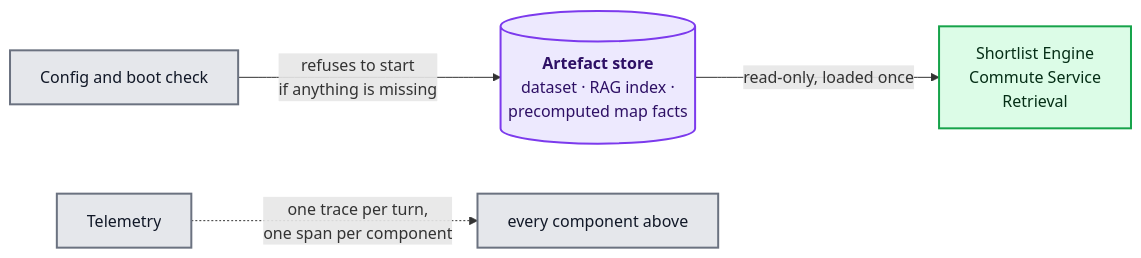
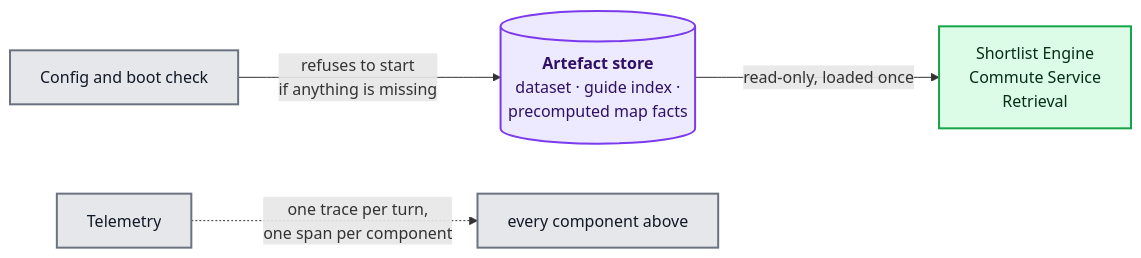
Diagram 11 of 22 in Docs/Architecture.md (KarthikBattaram19/Capstone_Project_Next_Leap), drawn with Mermaid before and after one commit. The commit also changed other lines of this file and 10 other files, not shown here.

First line of the commit message:
docs: let RAG name the technique only; its artefacts become guide index / guide chunk

````diff
--- a/Docs/Architecture.md
+++ b/Docs/Architecture.md
@@ -494,13 +494,13 @@
 ```mermaid
 flowchart LR
-    CFG["Config and boot check"] -->|"refuses to start<br/>if anything is missing"| AR[("<b>Artefact store</b><br/>dataset · RAG index ·<br/>precomputed map facts")]
+    CFG["Config and boot check"] -->|"refuses to start<br/>if anything is missing"| AR[("<b>Artefact store</b><br/>dataset · guide index ·<br/>precomputed map facts")]
     AR -->|"read-only, loaded once"| USE["Shortlist Engine<br/>Commute Service<br/>Retrieval"]
     TEL["Telemetry"] -.->|"one trace per turn,<br/>one span per component"| ALL["every component above"]
 
     classDef plat fill:#e5e7eb,stroke:#6b7280,stroke-width:2px,color:#111827
     classDef store fill:#ede9fe,stroke:#7c3aed,stroke-width:2px,color:#2e1065
     classDef code fill:#dcfce7,stroke:#16a34a,stroke-width:2px,color:#052e16
     class CFG,TEL,ALL plat
     class AR store
     class USE code
 ```
````
